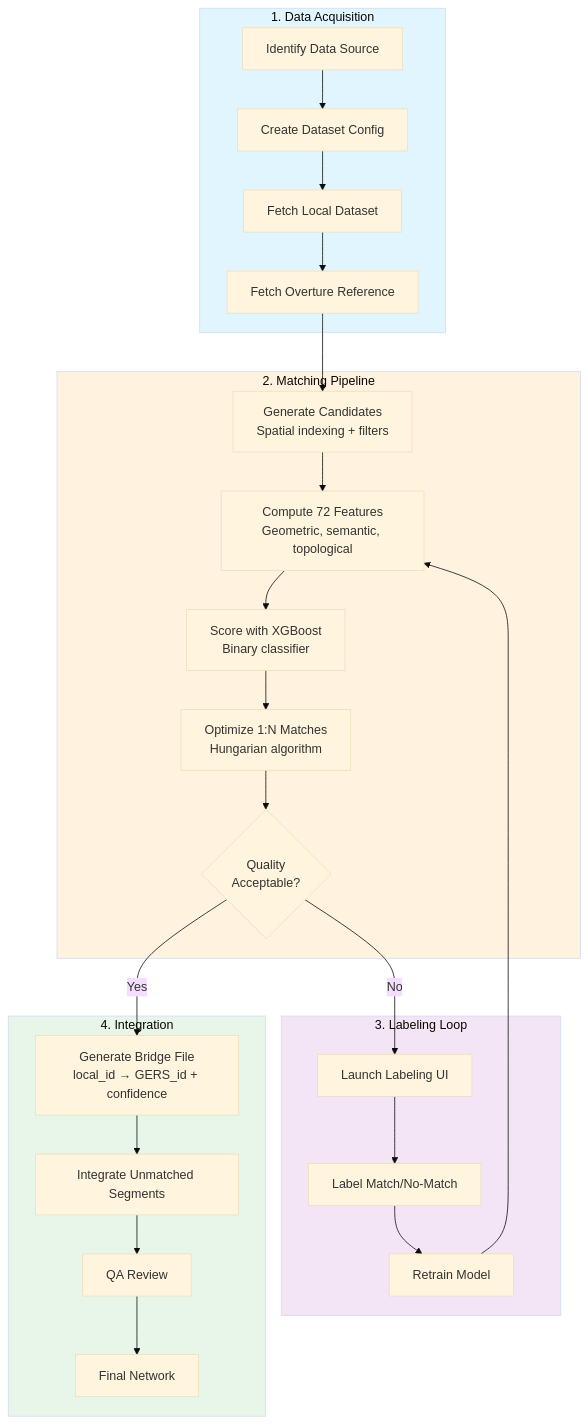
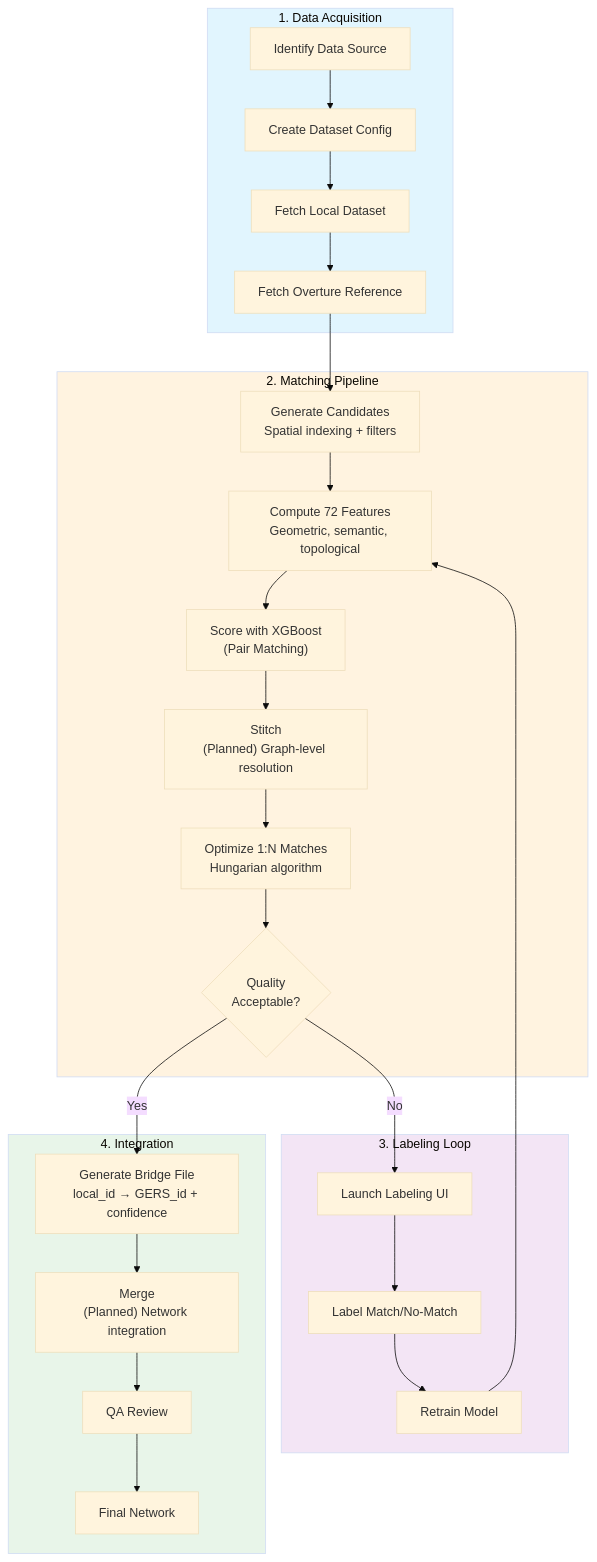
One commit to brad-richardson/crosswalk changed the diagram in README.md. Above: the diagram before and after it, drawn with Mermaid (base theme). The commit also changed other lines of this file and 7 other files, not shown here.

First line of the commit message:
Restructure docs around match → stitch → merge pipeline

````diff
--- a/README.md
+++ b/README.md
@@ -61,35 +71,36 @@
 ```mermaid
 flowchart TB
     subgraph Data["1. Data Acquisition"]
         A[Identify Data Source] --> B[Create Dataset Config]
         B --> C[Fetch Local Dataset]
         C --> D[Fetch Overture Reference]
     end
 
     subgraph Match["2. Matching Pipeline"]
         D --> E[Generate Candidates<br/>Spatial indexing + filters]
         E --> F[Compute 72 Features<br/>Geometric, semantic, topological]
-        F --> G[Score with XGBoost<br/>Binary classifier]
-        G --> H[Optimize 1:N Matches<br/>Hungarian algorithm]
-        H --> I{Quality<br/>Acceptable?}
+        F --> G["Score with XGBoost<br/>(Pair Matching)"]
+        G --> H["Stitch<br/>(Planned) Graph-level resolution"]
+        H --> I[Optimize 1:N Matches<br/>Hungarian algorithm]
+        I --> J{Quality<br/>Acceptable?}
     end
 
     subgraph Label["3. Labeling Loop"]
-        I -->|No| J[Launch Labeling UI]
-        J --> K[Label Match/No-Match]
-        K --> L[Retrain Model]
-        L --> F
+        J -->|No| K[Launch Labeling UI]
+        K --> L[Label Match/No-Match]
+        L --> M[Retrain Model]
+        M --> F
     end
 
     subgraph Output["4. Integration"]
-        I -->|Yes| M[Generate Bridge File<br/>local_id → GERS_id + confidence]
-        M --> N[Integrate Unmatched Segments]
-        N --> O[QA Review]
-        O --> P[Final Network]
+        J -->|Yes| N[Generate Bridge File<br/>local_id → GERS_id + confidence]
+        N --> O["Merge<br/>(Planned) Network integration"]
+        O --> P[QA Review]
+        P --> Q[Final Network]
     end
 
     style Data fill:#e1f5fe
     style Match fill:#fff3e0
     style Label fill:#f3e5f5
     style Output fill:#e8f5e9
 ```
````
